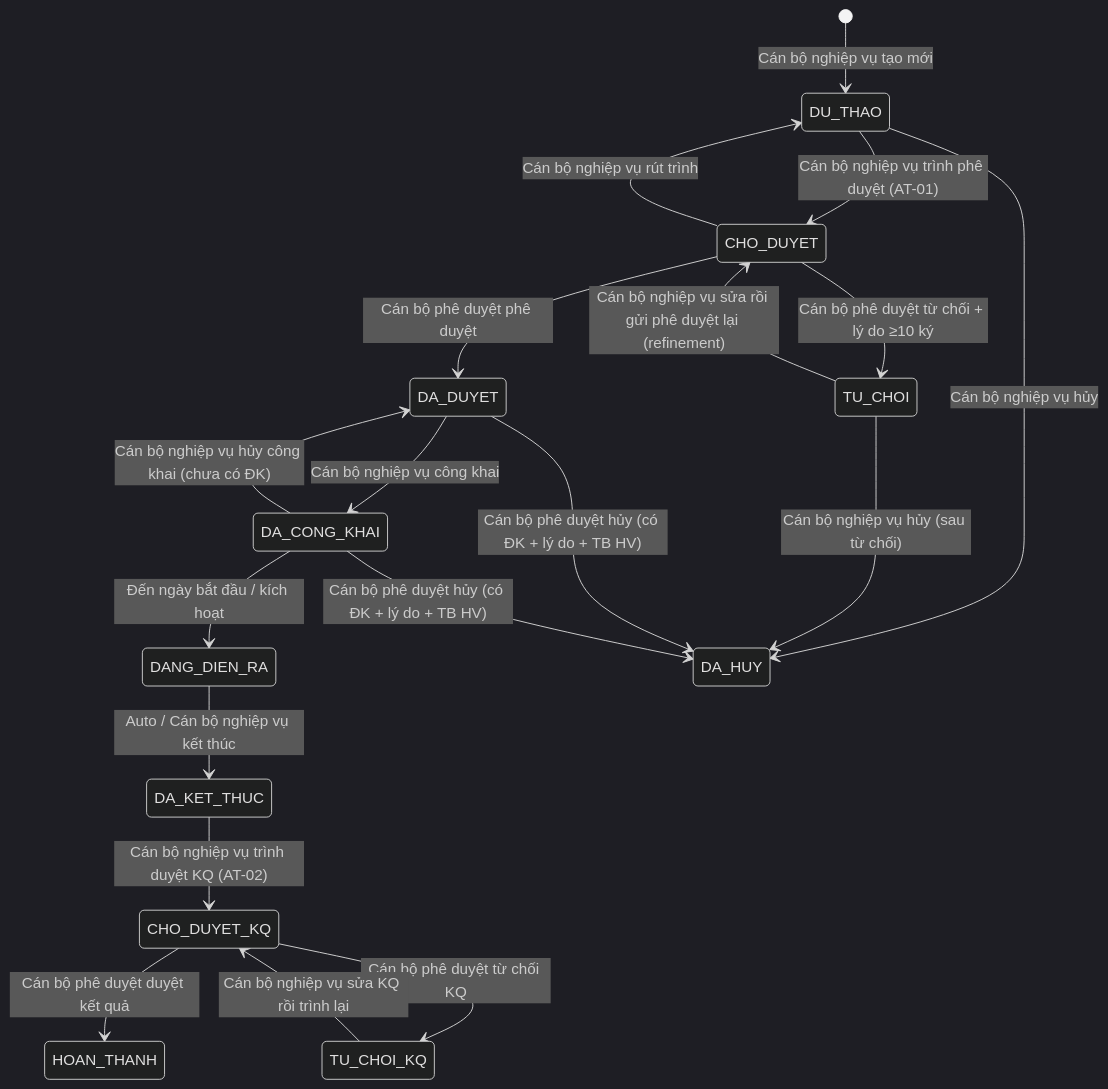
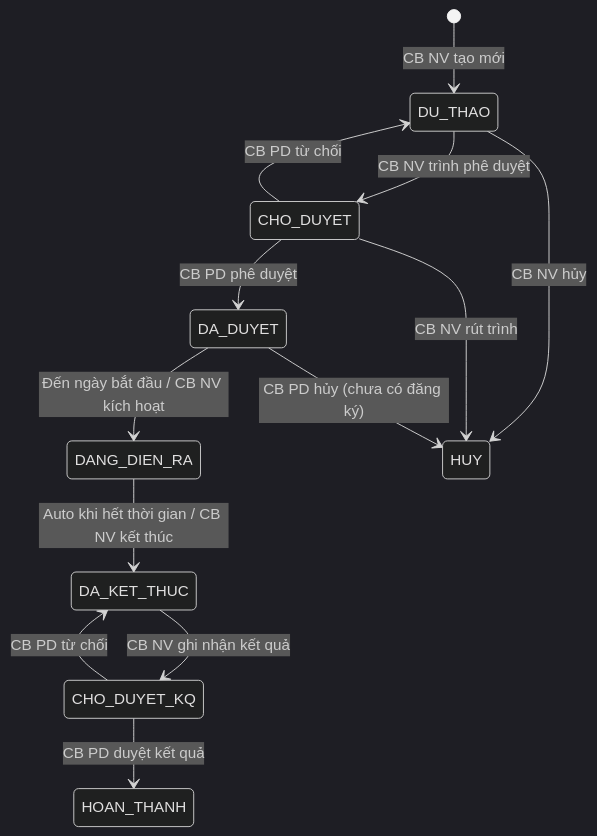
One commit to diupt2008/pm-htpldn changed the second of 4 diagrams in input/srs-update-2026-5-5/srs-fr-03-dao-tao.md. Above: the diagram before and after it, drawn with Mermaid (dark theme). The commit also changed other lines of this file and 136 other files, not shown here.

````diff
--- a/input/srs-update-2026-5-5/srs-fr-03-dao-tao.md
+++ b/input/srs-update-2026-5-5/srs-fr-03-dao-tao.md
@@ -2724,21 +1811,15 @@
 ```mermaid
 stateDiagram-v2
-    [*] --> DU_THAO : Cán bộ nghiệp vụ tạo mới
-    DU_THAO --> CHO_DUYET : Cán bộ nghiệp vụ trình phê duyệt (AT-01)
-    CHO_DUYET --> DA_DUYET : Cán bộ phê duyệt phê duyệt
-    CHO_DUYET --> TU_CHOI : Cán bộ phê duyệt từ chối + lý do ≥10 ký
-    CHO_DUYET --> DU_THAO : Cán bộ nghiệp vụ rút trình
-    TU_CHOI --> CHO_DUYET : Cán bộ nghiệp vụ sửa rồi gửi phê duyệt lại (refinement)
-    DA_DUYET --> DA_CONG_KHAI : Cán bộ nghiệp vụ công khai
-    DA_CONG_KHAI --> DA_DUYET : Cán bộ nghiệp vụ hủy công khai (chưa có ĐK)
-    DA_CONG_KHAI --> DANG_DIEN_RA : Đến ngày bắt đầu / kích hoạt
-    DANG_DIEN_RA --> DA_KET_THUC : Auto / Cán bộ nghiệp vụ kết thúc
-    DA_KET_THUC --> CHO_DUYET_KQ : Cán bộ nghiệp vụ trình duyệt KQ (AT-02)
-    CHO_DUYET_KQ --> HOAN_THANH : Cán bộ phê duyệt duyệt kết quả
-    CHO_DUYET_KQ --> TU_CHOI_KQ : Cán bộ phê duyệt từ chối KQ
-    TU_CHOI_KQ --> CHO_DUYET_KQ : Cán bộ nghiệp vụ sửa KQ rồi trình lại
-    DU_THAO --> DA_HUY : Cán bộ nghiệp vụ hủy
-    TU_CHOI --> DA_HUY : Cán bộ nghiệp vụ hủy (sau từ chối)
-    DA_DUYET --> DA_HUY : Cán bộ phê duyệt hủy (có ĐK + lý do + TB HV)
-    DA_CONG_KHAI --> DA_HUY : Cán bộ phê duyệt hủy (có ĐK + lý do + TB HV)
+    [*] --> DU_THAO : CB NV tạo mới
+    DU_THAO --> CHO_DUYET : CB NV trình phê duyệt
+    CHO_DUYET --> DA_DUYET : CB PD phê duyệt
+    CHO_DUYET --> DU_THAO : CB PD từ chối
+    DA_DUYET --> DANG_DIEN_RA : Đến ngày bắt đầu / CB NV kích hoạt
+    DANG_DIEN_RA --> DA_KET_THUC : Auto khi hết thời gian / CB NV kết thúc
+    DA_KET_THUC --> CHO_DUYET_KQ : CB NV ghi nhận kết quả
+    CHO_DUYET_KQ --> HOAN_THANH : CB PD duyệt kết quả
+    CHO_DUYET_KQ --> DA_KET_THUC : CB PD từ chối
+    DU_THAO --> HUY : CB NV hủy
+    CHO_DUYET --> HUY : CB NV rút trình
+    DA_DUYET --> HUY : CB PD hủy (chưa có đăng ký)
 ```
````
